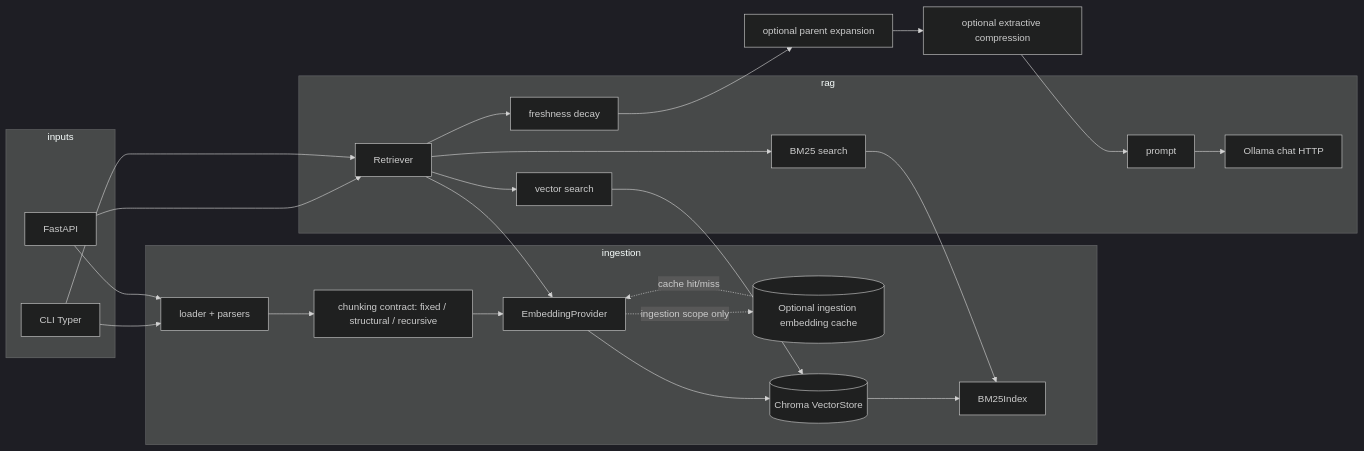
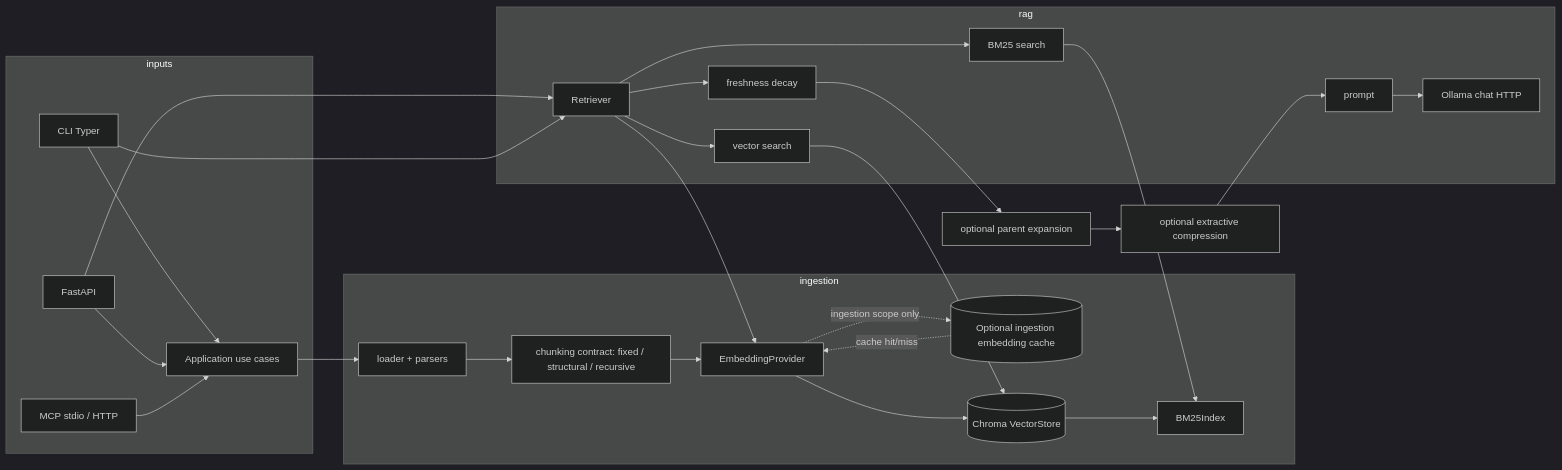
One commit to n0nuser/LocalRAG changed the diagram in docs/architecture.md. Above: the diagram before and after it, drawn with Mermaid (dark theme). The commit also changed other lines of this file and 38 other files, not shown here.

Commit message:
feat: add application boundary and MCP transport

````diff
--- a/docs/architecture.md
+++ b/docs/architecture.md
@@ -19,40 +19,44 @@
 ```mermaid
 flowchart LR
   subgraph inputs
     CLI[CLI Typer]
     API[FastAPI]
+    MCP[MCP stdio / HTTP]
+    APP[Application use cases]
   end
   subgraph ingestion
     L[loader + parsers]
     C[chunking contract: fixed / structural / recursive]
     E[EmbeddingProvider]
     EC[(Optional ingestion embedding cache)]
     VS[(Chroma VectorStore)]
     B[BM25Index]
   end
   subgraph rag
     R[Retriever]
     V[vector search]
     X[BM25 search]
     F[freshness decay]
     P[prompt]
     LLM[Ollama chat HTTP]
   end
-  CLI --> L
-  API --> L
+  CLI --> APP
+  API --> APP
+  MCP --> APP
+  APP --> L
   L --> C --> E --> VS
   E -. ingestion scope only .-> EC
   EC -. cache hit/miss .-> E
   VS --> B
   API --> R
   CLI --> R
   R --> V
   R --> X
   V --> VS
   X --> B
   R --> F
   R --> E
   F --> PARENT[optional parent expansion]
   PARENT --> COMP[optional extractive compression]
   COMP --> P --> LLM
 ```
````
